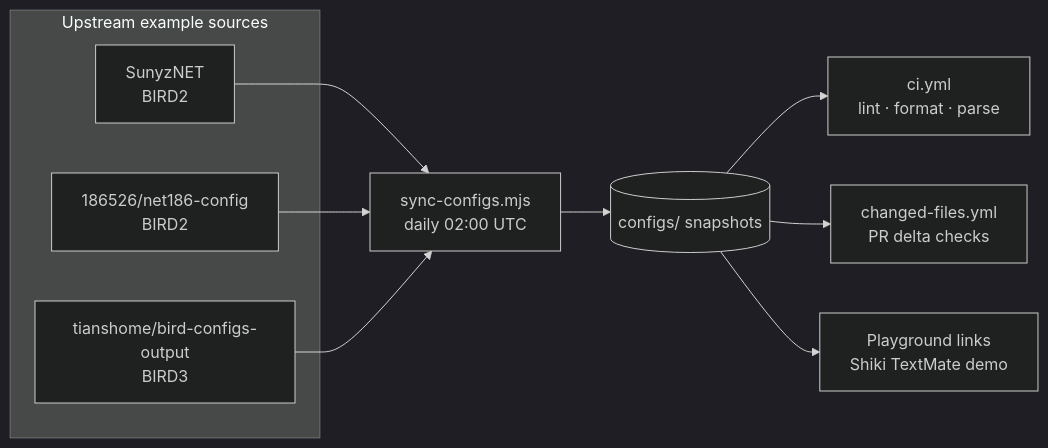
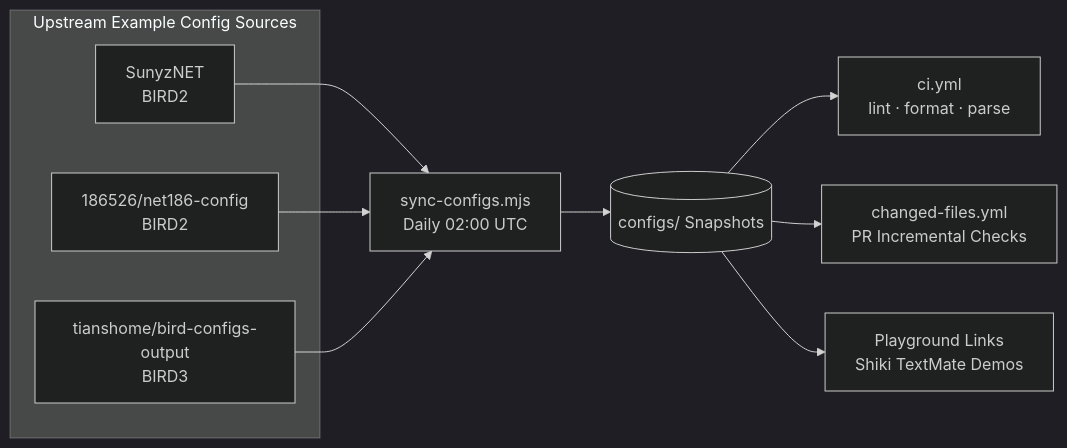
The diagram in README.md (bird-chinese-community/birdcc-ci-test), drawn with Mermaid (dark theme) before and after one commit. The commit also changed other lines of this file and 1 other file, not shown here.

````diff
--- a/README.md
+++ b/README.md
@@ -59,22 +46,22 @@
 ```mermaid
 flowchart LR
-    subgraph Upstream[Upstream example sources]
-        S1[SunyzNET<br/>BIRD2]
-        S2[186526/net186-config<br/>BIRD2]
-        S3[tianshome/bird-configs-output<br/>BIRD3]
-    end
+  subgraph Upstream[Upstream Example Config Sources]
+    S1[SunyzNET<br/>BIRD2]
+    S2[186526/net186-config<br/>BIRD2]
+    S3[tianshome/bird-configs-output<br/>BIRD3]
+  end
 
-    Sync[sync-configs.mjs<br/>daily 02:00 UTC]
-    Snapshots[(configs/ snapshots)]
-    CI[ci.yml<br/>lint · format · parse]
-    Delta[changed-files.yml<br/>PR delta checks]
-    Playground[Playground links<br/>Shiki TextMate demo]
+  Sync[sync-configs.mjs<br/>Daily 02:00 UTC]
+  Snapshots[(configs/ Snapshots)]
+  CI[ci.yml<br/>lint · format · parse]
+  Delta[changed-files.yml<br/>PR Incremental Checks]
+  Playground[Playground Links<br/>Shiki TextMate Demos]
 
-    S1 --> Sync
-    S2 --> Sync
-    S3 --> Sync
-    Sync --> Snapshots
-    Snapshots --> CI
-    Snapshots --> Delta
-    Snapshots --> Playground
+  S1 --> Sync
+  S2 --> Sync
+  S3 --> Sync
+  Sync --> Snapshots
+  Snapshots --> CI
+  Snapshots --> Delta
+  Snapshots --> Playground
 ```
````
